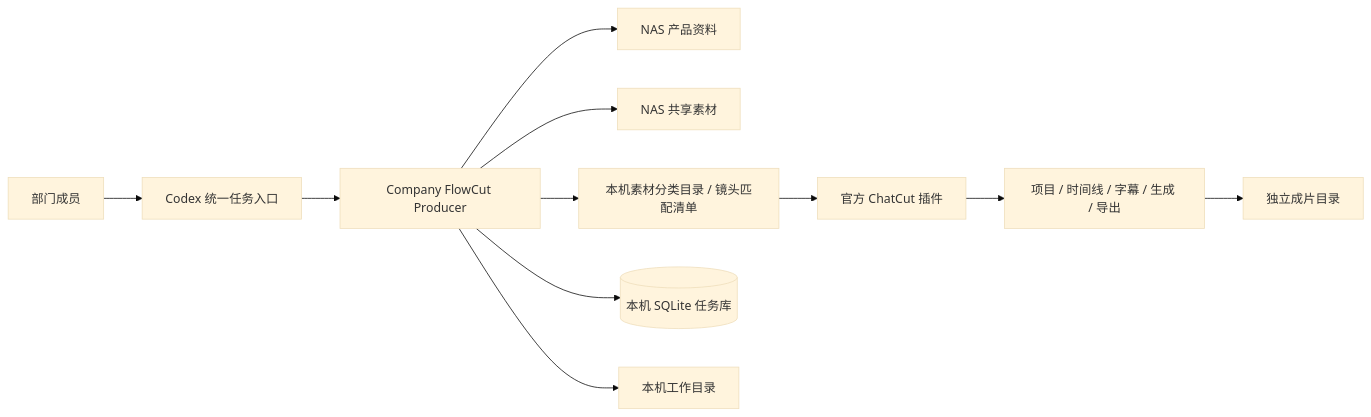
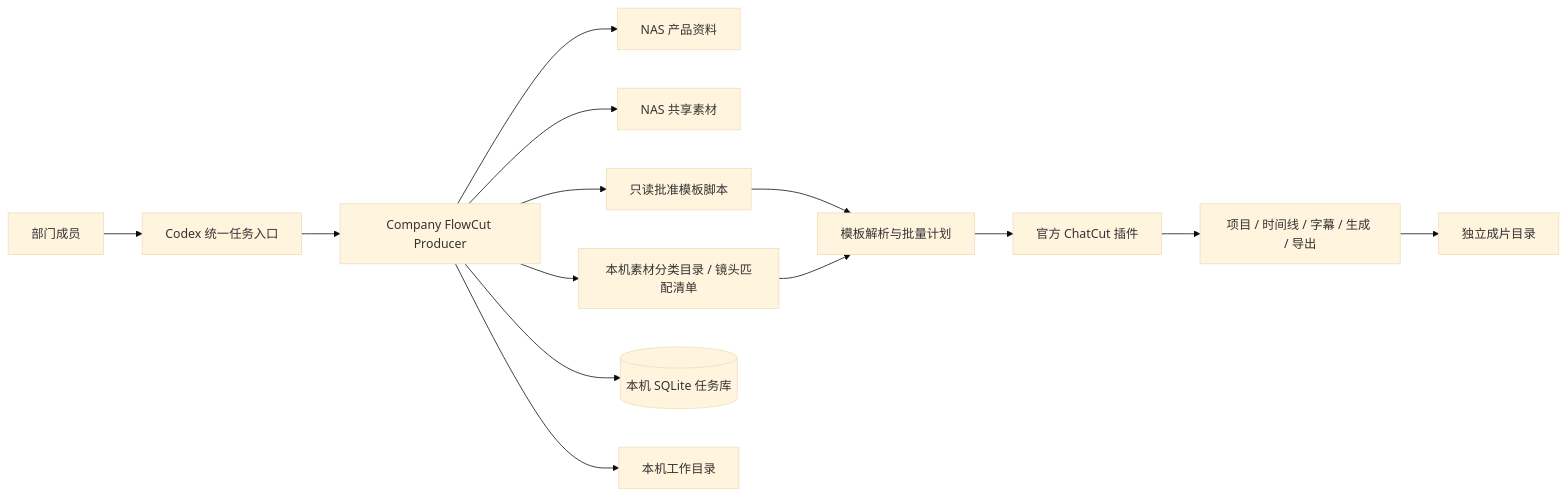
The diagram in plugins/company-flowcut-producer/docs/system-architecture.md (zmq18560817115-eng/shipinskill), drawn with Mermaid (base theme) before and after one commit. The commit also changed other lines of this file and 23 other files, not shown here.

````diff
--- a/plugins/company-flowcut-producer/docs/system-architecture.md
+++ b/plugins/company-flowcut-producer/docs/system-architecture.md
@@ -11,13 +11,16 @@
 ```mermaid
 flowchart LR
     U[部门成员] --> C[Codex 统一任务入口]
     C --> P[Company FlowCut Producer]
     P --> K[NAS 产品资料]
     P --> A[NAS 共享素材]
+    P --> R[只读批准模板脚本]
+    R --> B[模板解析与批量计划]
     P --> M[本机素材分类目录 / 镜头匹配清单]
     P --> S[(本机 SQLite 任务库)]
     P --> W[本机工作目录]
-    M --> X[官方 ChatCut 插件]
+    M --> B
+    B --> X[官方 ChatCut 插件]
     X --> T[项目 / 时间线 / 字幕 / 生成 / 导出]
     T --> O[独立成片目录]
 ```
````
